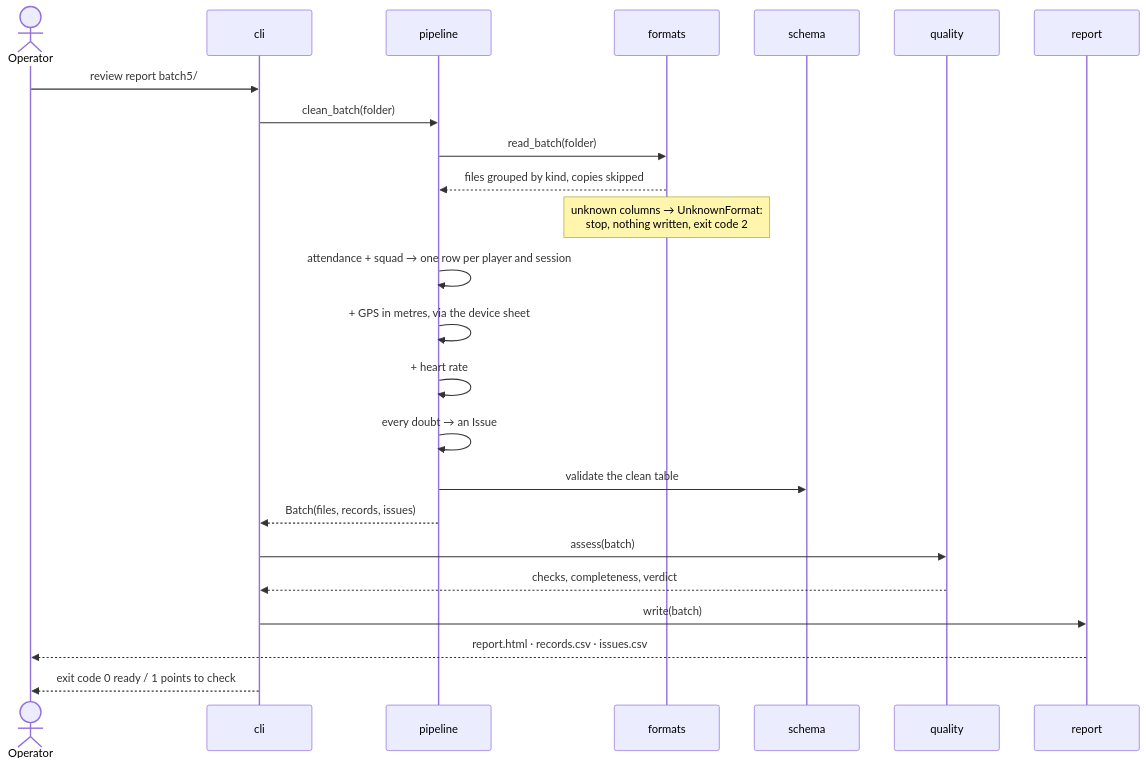
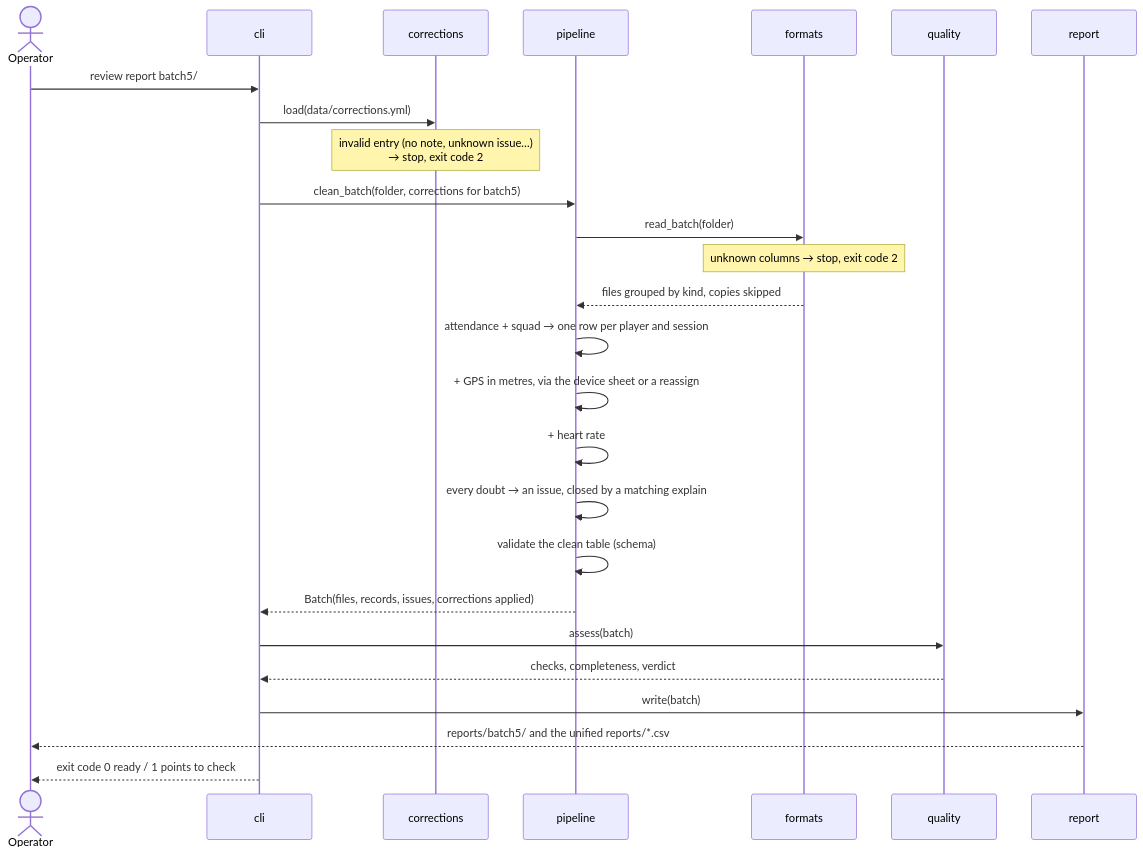
Before and after one commit to simIDe/digital_innovation_staps_showcase: the third of 5 diagrams in docs/architecture.md, drawn with Mermaid. The commit also changed other lines of this file and 27 other files, not shown here.

First line of the commit message:
Add corrections and an explorer on the unified data

````diff
--- a/docs/architecture.md
+++ b/docs/architecture.md
@@ -66,27 +78,29 @@
 ```mermaid
 sequenceDiagram
     actor U as Operator
     participant C as cli
+    participant K as corrections
     participant P as pipeline
     participant F as formats
-    participant S as schema
     participant Q as quality
     participant R as report
 
     U->>C: review report batch5/
-    C->>P: clean_batch(folder)
+    C->>K: load(data/corrections.yml)
+    Note over K: invalid entry (no note, unknown issue…)<br/>→ stop, exit code 2
+    C->>P: clean_batch(folder, corrections for batch5)
     P->>F: read_batch(folder)
+    Note over F: unknown columns → stop, exit code 2
     F-->>P: files grouped by kind, copies skipped
-    Note over F: unknown columns → UnknownFormat:<br/>stop, nothing written, exit code 2
     P->>P: attendance + squad → one row per player and session
-    P->>P: + GPS in metres, via the device sheet
+    P->>P: + GPS in metres, via the device sheet or a reassign
     P->>P: + heart rate
-    P->>P: every doubt → an Issue
-    P->>S: validate the clean table
-    P-->>C: Batch(files, records, issues)
+    P->>P: every doubt → an issue, closed by a matching explain
+    P->>P: validate the clean table (schema)
+    P-->>C: Batch(files, records, issues, corrections applied)
     C->>Q: assess(batch)
     Q-->>C: checks, completeness, verdict
     C->>R: write(batch)
-    R-->>U: report.html · records.csv · issues.csv
+    R-->>U: reports/batch5/ and the unified reports/*.csv
     C-->>U: exit code 0 ready / 1 points to check
 ```
````
